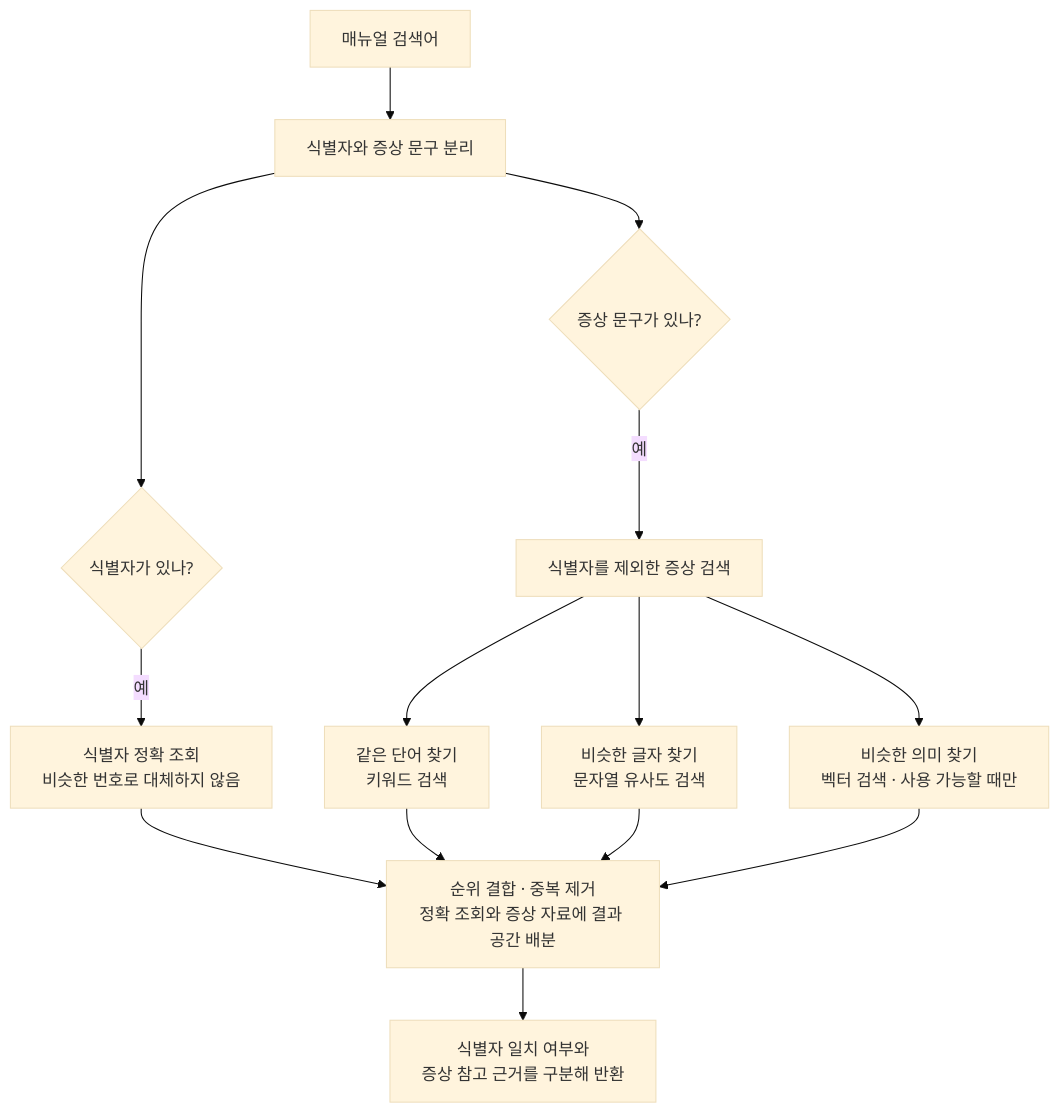
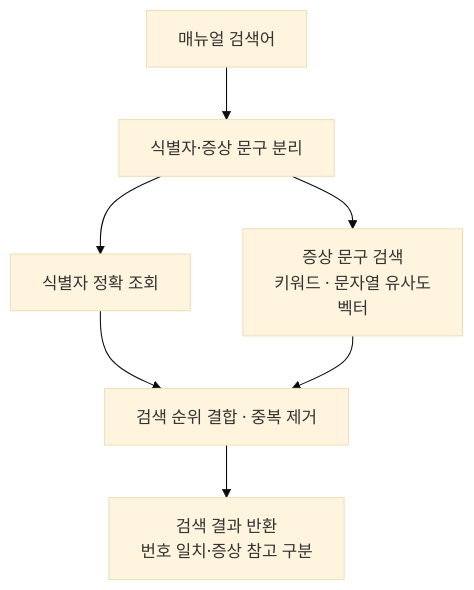
The fifth of 6 diagrams in README.md (lgd12345/M2-1_codyssey_Final_Project), drawn with Mermaid (base theme) before and after one commit. The commit also changed other lines of this file and 37 other files, not shown here.

````diff
--- a/README.md
+++ b/README.md
@@ -408,16 +312,9 @@
 ```mermaid
 flowchart TD
-    Q["매뉴얼 검색어"] --> A["식별자와 증상 문구 분리"]
-    A --> D{"식별자가 있나?"}
-    A --> S{"증상 문구가 있나?"}
-    D -- 예 --> EX["식별자 정확 조회<br/>비슷한 번호로 대체하지 않음"]
-    S -- 예 --> H["식별자를 제외한 증상 검색"]
-    H --> KW["같은 단어 찾기<br/>키워드 검색"]
-    H --> TG["비슷한 글자 찾기<br/>문자열 유사도 검색"]
-    H --> VV["비슷한 의미 찾기<br/>벡터 검색 · 사용 가능할 때만"]
-    EX --> F["순위 결합 · 중복 제거<br/>정확 조회와 증상 자료에 결과 공간 배분"]
-    KW --> F
-    TG --> F
-    VV --> F
-    F --> R["식별자 일치 여부와<br/>증상 참고 근거를 구분해 반환"]
+    Q["매뉴얼 검색어"] --> A["식별자·증상 문구 분리"]
+    A --> EX["식별자 정확 조회"]
+    A --> S["증상 문구 검색<br/>키워드 · 문자열 유사도<br/>벡터"]
+    EX --> F["검색 순위 결합 · 중복 제거"]
+    S --> F
+    F --> R["검색 결과 반환<br/>번호 일치·증상 참고 구분"]
 ```
````
